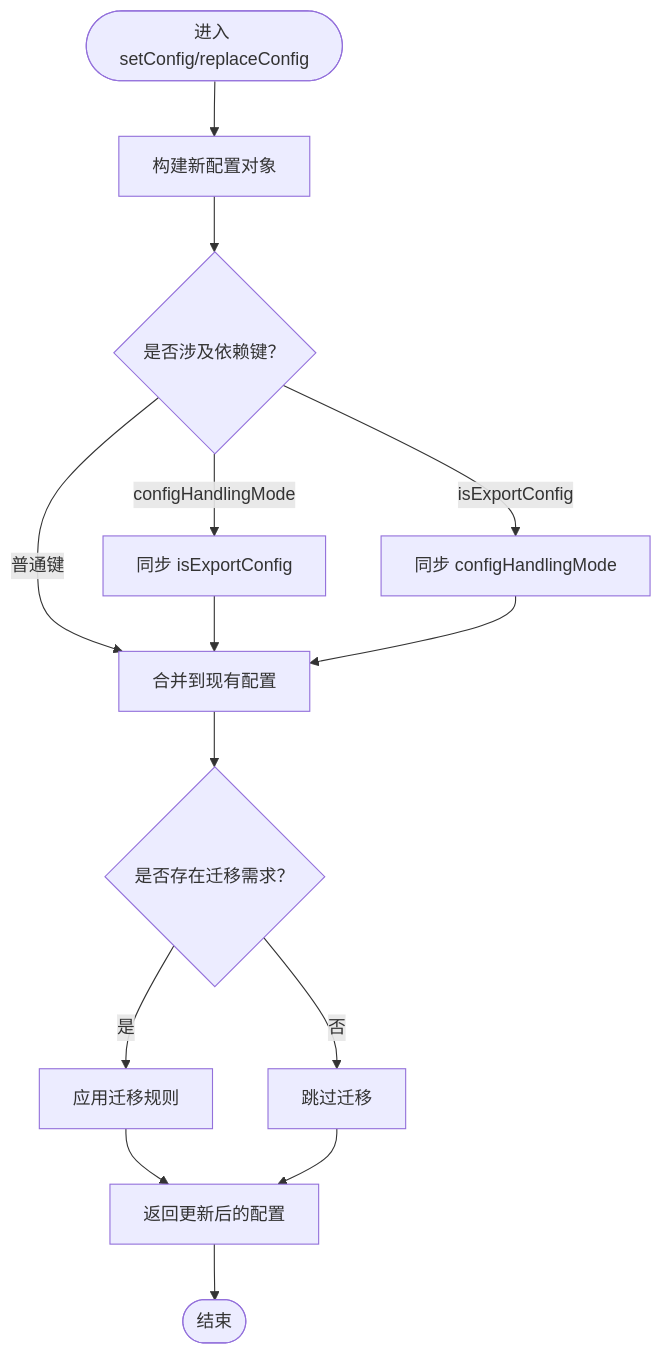
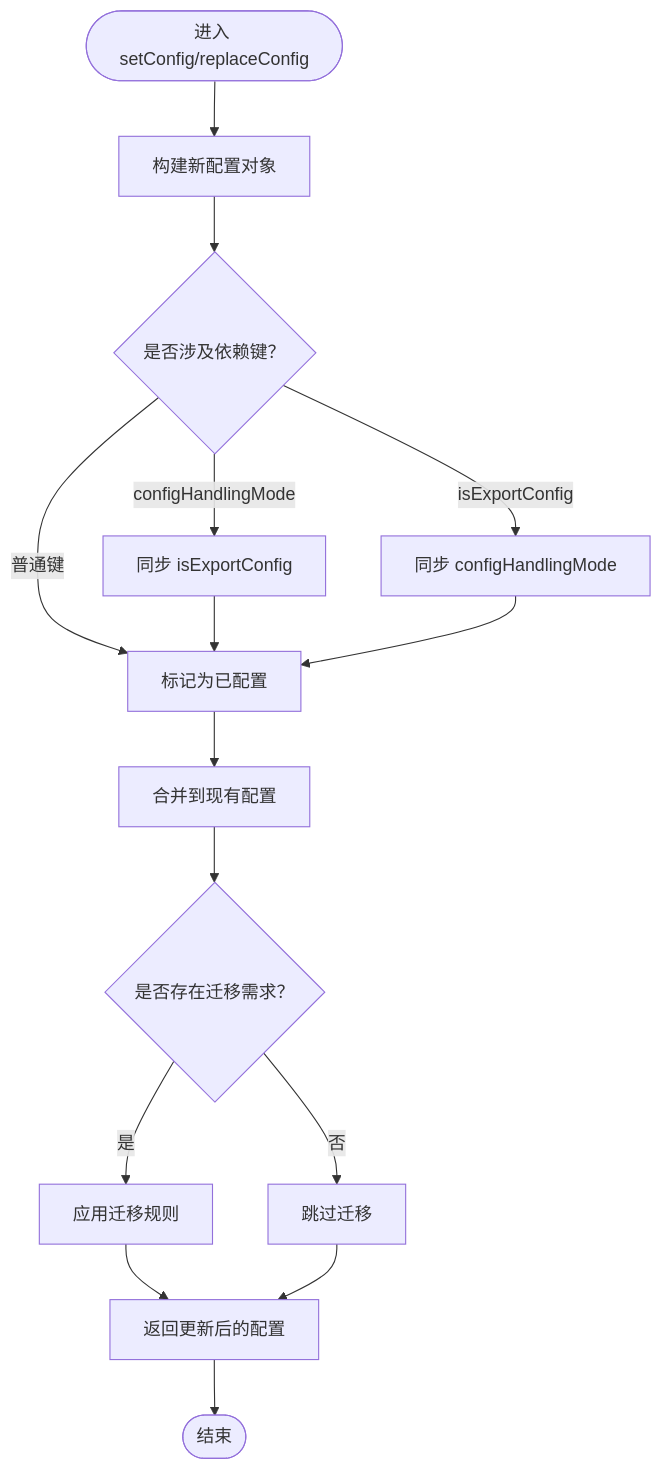
The third of 9 diagrams in .qoder/repowiki/zh/content/配置管理/前端配置系统.md (kqcoxn/MaaPipelineEditor), drawn with Mermaid before and after one commit. The commit also changed other lines of this file and 50 other files, not shown here.

````diff
--- a/.qoder/repowiki/zh/content/配置管理/前端配置系统.md
+++ b/.qoder/repowiki/zh/content/配置管理/前端配置系统.md
@@ -158,16 +186,17 @@
 ```mermaid
 flowchart TD
 Start(["进入 setConfig/replaceConfig"]) --> BuildNew["构建新配置对象"]
 BuildNew --> CheckKey{"是否涉及依赖键？"}
 CheckKey --> |configHandlingMode| SyncIsExport["同步 isExportConfig"]
 CheckKey --> |isExportConfig| SyncMode["同步 configHandlingMode"]
-CheckKey --> |普通键| Merge["合并到现有配置"]
-SyncIsExport --> Merge
-SyncMode --> Merge
+CheckKey --> |普通键| MarkConfigured["标记为已配置"]
+SyncIsExport --> MarkConfigured
+SyncMode --> MarkConfigured
+MarkConfigured --> Merge["合并到现有配置"]
 Merge --> Migration{"是否存在迁移需求？"}
 Migration --> |是| ApplyMigration["应用迁移规则"]
 Migration --> |否| SkipMigration["跳过迁移"]
 ApplyMigration --> Finalize["返回更新后的配置"]
 SkipMigration --> Finalize
 Finalize --> End(["结束"])
 ```
````
